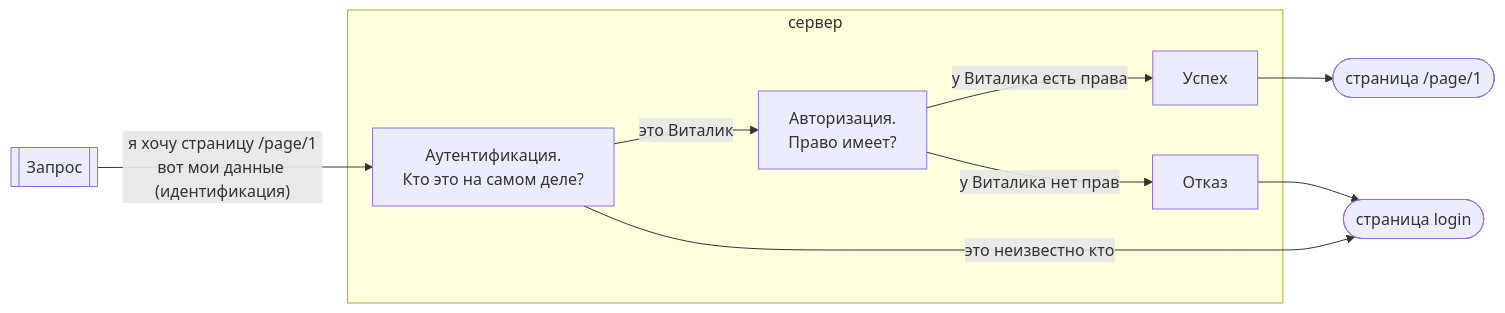
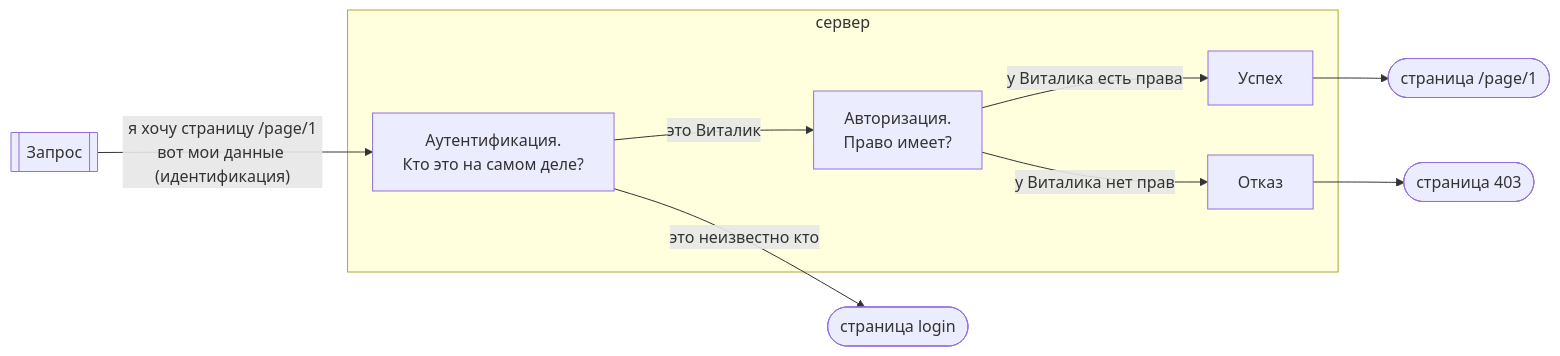
One commit to enkryptor/papers changed the first of 6 diagrams in jwt-sso-authorization/README.md. Above: the diagram before and after it, drawn with Mermaid. The commit also changed other lines of this file, not shown here.

````diff
--- a/jwt-sso-authorization/README.md
+++ b/jwt-sso-authorization/README.md
@@ -21,18 +21,18 @@
 ```mermaid
 flowchart LR
 
 req[[Запрос]]-->|"я хочу страницу /page/1<br>вот мои данные (идентификация)"|auth[Аутентификация.<br>Кто это на самом деле?]
 
 subgraph сервер
 
 auth-->|это Виталик|permit[Авторизация.<br>Право имеет?]
 
 permit-->|у Виталика есть права|Успех
 permit-->|у Виталика нет прав|Отказ
 
 end
 
 auth-->|это неизвестно кто|login([страница login])
 Успех-->page([страница /page/1])
-Отказ-->login
+Отказ-->forbidden([страница 403])
 ```
````
